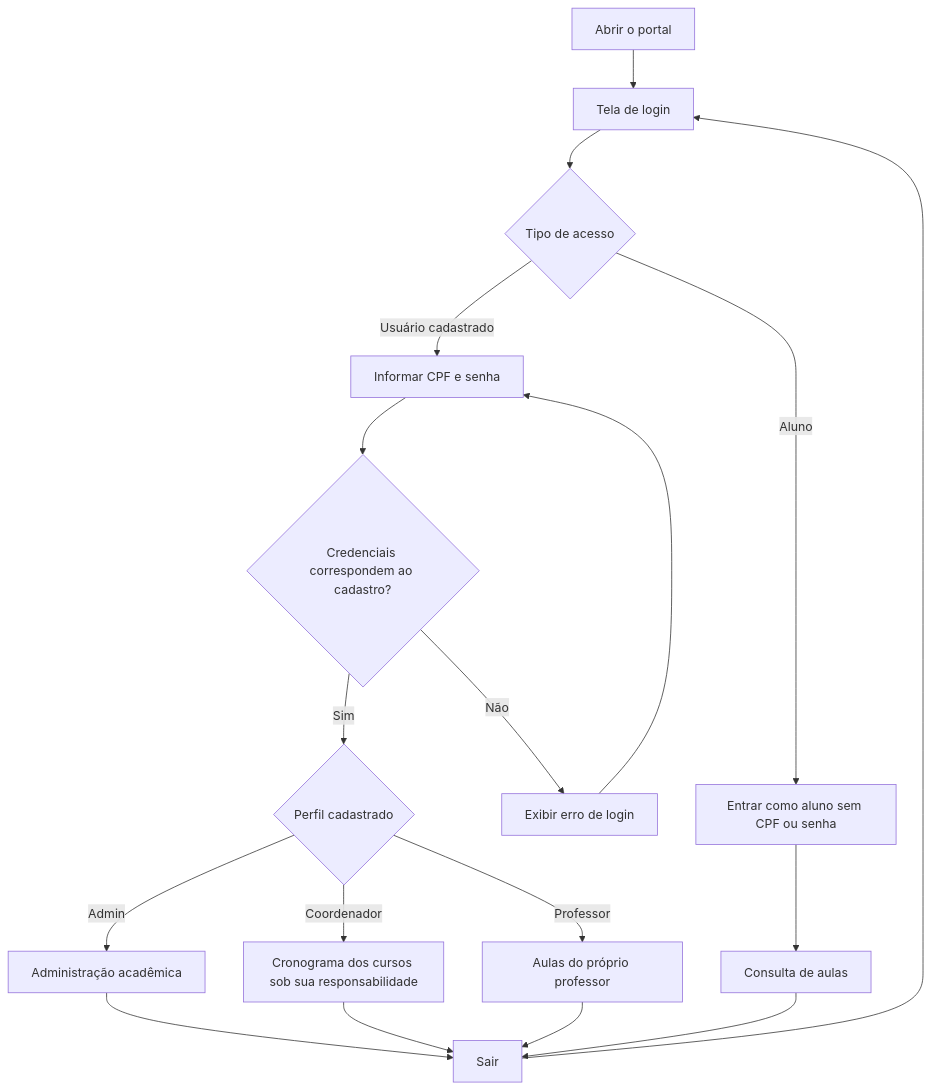
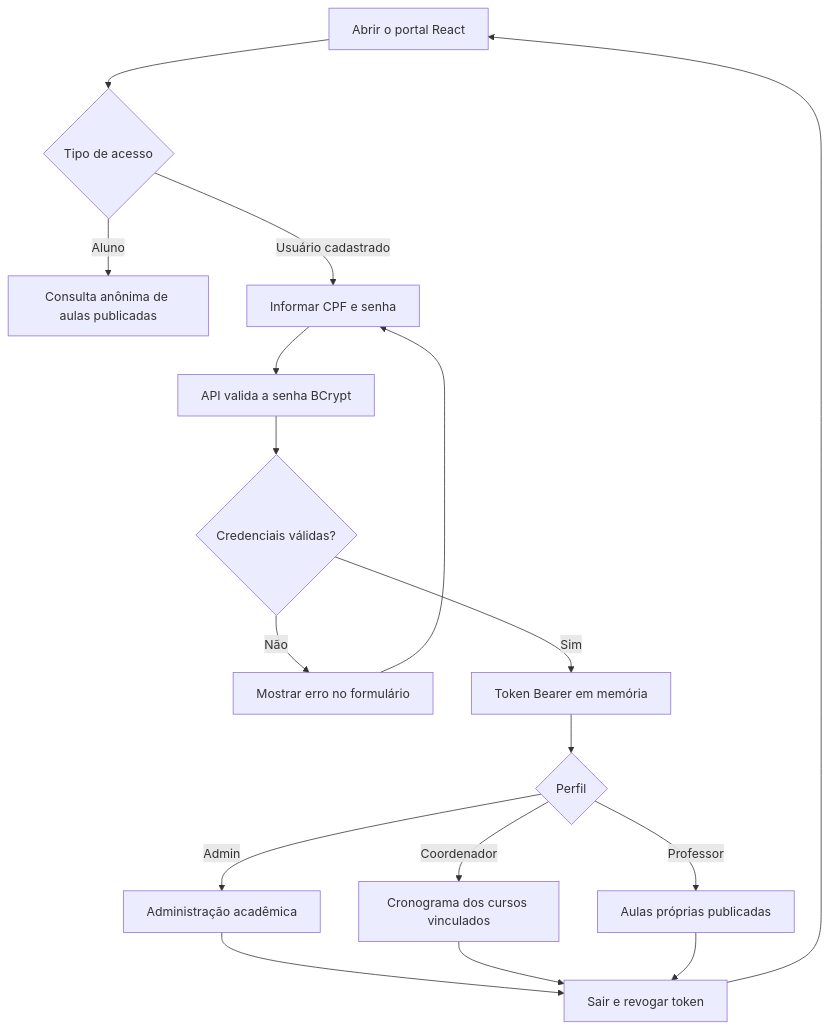
One commit to Jade46-prog/projeto-integrado-II-III changed the first of 7 diagrams in docs/FLUXOGRAMAS.md. Above: the diagram before and after it, drawn with Mermaid. The commit also changed other lines of this file and 109 other files, not shown here.

````diff
--- a/docs/FLUXOGRAMAS.md
+++ b/docs/FLUXOGRAMAS.md
@@ -9,20 +7,19 @@
 ```mermaid
 flowchart TD
-    Inicio["Abrir o portal"] --> Login["Tela de login"]
-    Login --> Tipo{"Tipo de acesso"}
-    Tipo -->|Aluno| Anonimo["Entrar como aluno sem CPF ou senha"]
-    Anonimo --> Aluno["Consulta de aulas"]
-    Tipo -->|Usuário cadastrado| Credenciais["Informar CPF e senha"]
-    Credenciais --> Validar{"Credenciais correspondem ao cadastro?"}
-    Validar -->|Não| Erro["Exibir erro de login"]
-    Erro --> Credenciais
-    Validar -->|Sim| Perfil{"Perfil cadastrado"}
+    Inicio["Abrir o portal React"] --> Tipo{"Tipo de acesso"}
+    Tipo -->|Aluno| Aluno["Consulta anônima de aulas publicadas"]
+    Tipo -->|Usuário cadastrado| Login["Informar CPF e senha"]
+    Login --> API["API valida a senha BCrypt"]
+    API --> Valido{"Credenciais válidas?"}
+    Valido -->|Não| Erro["Mostrar erro no formulário"]
+    Erro --> Login
+    Valido -->|Sim| Token["Token Bearer em memória"]
+    Token --> Perfil{"Perfil"}
     Perfil -->|Admin| Admin["Administração acadêmica"]
-    Perfil -->|Coordenador| Coord["Cronograma dos cursos sob sua responsabilidade"]
-    Perfil -->|Professor| Prof["Aulas do próprio professor"]
-    Admin --> Sair["Sair"]
+    Perfil -->|Coordenador| Coord["Cronograma dos cursos vinculados"]
+    Perfil -->|Professor| Prof["Aulas próprias publicadas"]
+    Admin --> Sair["Sair e revogar token"]
     Coord --> Sair
     Prof --> Sair
-    Aluno --> Sair
-    Sair --> Login
+    Sair --> Inicio
 ```
````
